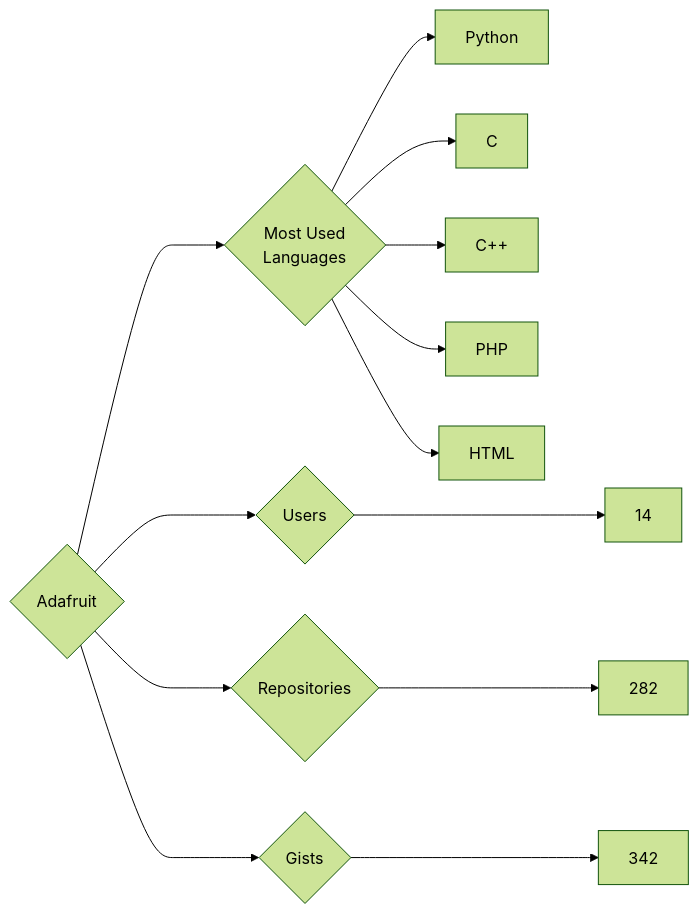
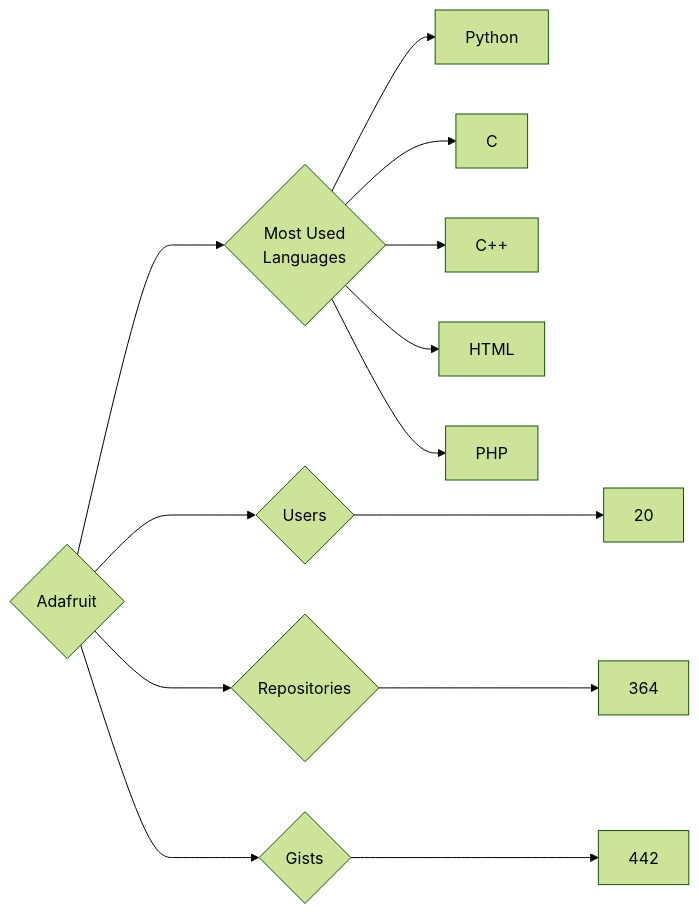
The diagram in targets/Adafruit/README.md (trickest/insiders), drawn with Mermaid (forest theme) before and after one commit. The commit also changed 681 other files, not shown here.

````diff
--- a/targets/Adafruit/README.md
+++ b/targets/Adafruit/README.md
@@ -3,13 +3,13 @@
 ```mermaid
 graph LR
 COMPANY_NAME{Adafruit}
-COMPANY_NAME ---> U{Users} ---> UN[14]
-COMPANY_NAME ---> R{Repositories} ---> RN[282]
-COMPANY_NAME ---> G{Gists} ---> GN[342]
+COMPANY_NAME ---> U{Users} ---> UN[20]
+COMPANY_NAME ---> R{Repositories} ---> RN[364]
+COMPANY_NAME ---> G{Gists} ---> GN[442]
 COMPANY_NAME ---> ML{Most Used<br>Languages}
 ML --> Python[Python]
 ML --> C[C]
 ML --> C++[C++]
+ML --> HTML[HTML]
 ML --> PHP[PHP]
-ML --> HTML[HTML]
 ```
````
